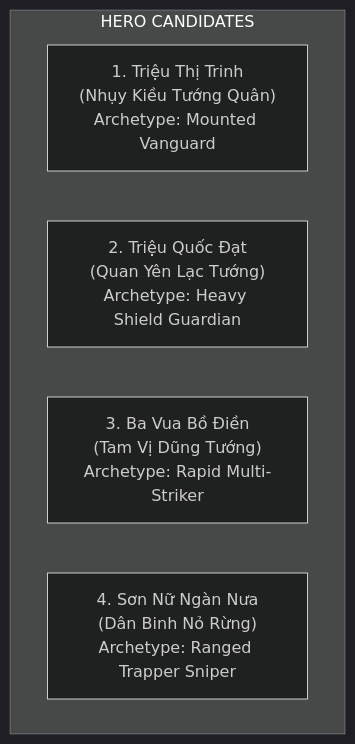
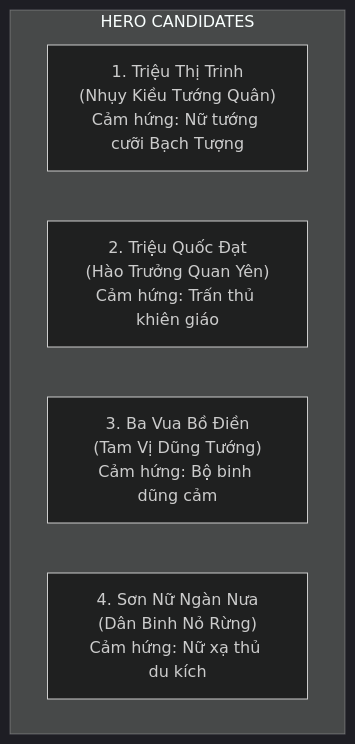
Before and after one commit to LightDucan/HuyenSu-TD: the first of 2 diagrams in docs/drafts/viet-su/ba-trieu/hero-and-enemy-archetypes-proposal.md, drawn with Mermaid (dark theme). The commit also changed other lines of this file and 5 other files, not shown here.

````diff
--- a/docs/drafts/viet-su/ba-trieu/hero-and-enemy-archetypes-proposal.md
+++ b/docs/drafts/viet-su/ba-trieu/hero-and-enemy-archetypes-proposal.md
@@ -17,9 +13,9 @@
 ```mermaid
 graph TD
     subgraph HERO CANDIDATES
-        H1["1. Triệu Thị Trinh<br>(Nhụy Kiều Tướng Quân)<br>Archetype: Mounted Vanguard"]
-        H2["2. Triệu Quốc Đạt<br>(Quan Yên Lạc Tướng)<br>Archetype: Heavy Shield Guardian"]
-        H3["3. Ba Vua Bồ Điền<br>(Tam Vị Dũng Tướng)<br>Archetype: Rapid Multi-Striker"]
-        H4["4. Sơn Nữ Ngàn Nưa<br>(Dân Binh Nỏ Rừng)<br>Archetype: Ranged Trapper Sniper"]
+        H1["1. Triệu Thị Trinh<br>(Nhụy Kiều Tướng Quân)<br>Cảm hứng: Nữ tướng cưỡi Bạch Tượng"]
+        H2["2. Triệu Quốc Đạt<br>(Hào Trưởng Quan Yên)<br>Cảm hứng: Trấn thủ khiên giáo"]
+        H3["3. Ba Vua Bồ Điền<br>(Tam Vị Dũng Tướng)<br>Cảm hứng: Bộ binh dũng cảm"]
+        H4["4. Sơn Nữ Ngàn Nưa<br>(Dân Binh Nỏ Rừng)<br>Cảm hứng: Nữ xạ thủ du kích"]
     end
 ```
````
